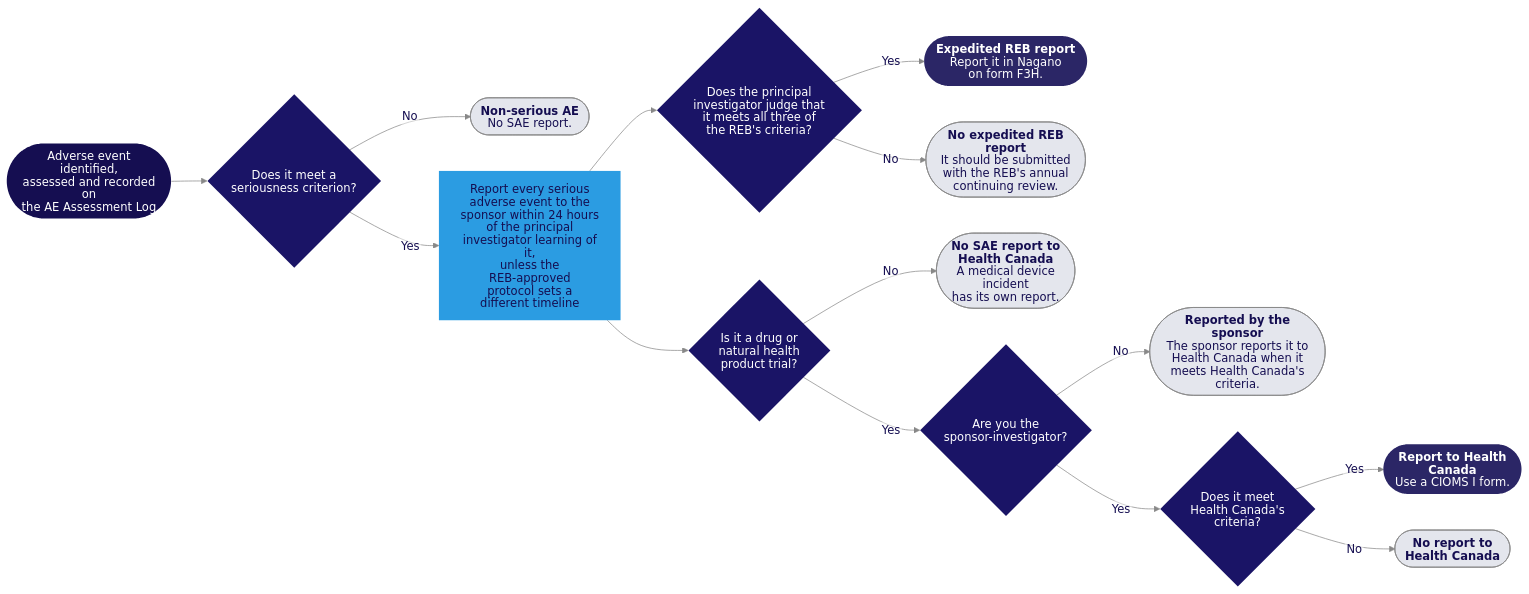
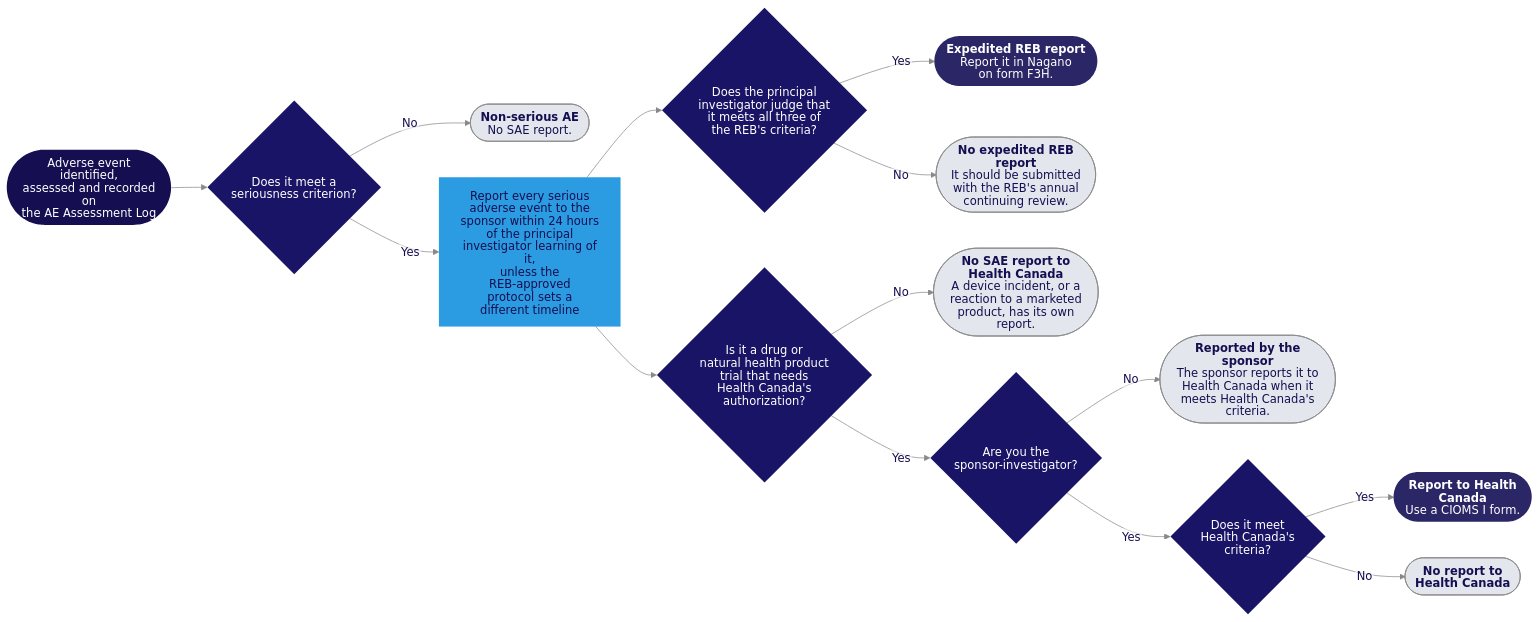
Before and after one commit to matthewfiorentino/docs: the diagram in images/diagrams/adverse-event-reporting.mmd, drawn with Mermaid. The commit also changed 2 other files, not shown here.

Commit message:
Hub review: Reportable Events, Health Canada's SAE reporting scoped to authorized trials
- The sponsor's and the sponsor-investigator's Health Canada reporting,
  and the timeline table's SAE cell, cover trials that need Health
  Canada's authorization (Food and Drug Regulations C.05.002(2);
  Natural Health Products Regulations s. 64(2)); the marketed-product
  route sits beside them
- The adverse-event diagram follows, with its SVG regenerated

```diff
--- a/images/diagrams/adverse-event-reporting.mmd
+++ b/images/diagrams/adverse-event-reporting.mmd
@@ -1,31 +1,31 @@
 %%{init: {'theme':'base','htmlLabels':false,'flowchart':{'htmlLabels':false,'subGraphTitleMargin':{'top':14,'bottom':10}},'themeVariables':{'primaryColor':'#2b2666','primaryTextColor':'#ffffff','primaryBorderColor':'#2b2666','lineColor':'#888','edgeLabelBackground':'#ffffff','titleColor':'#150e51','fontFamily':'system-ui,sans-serif'}}}%%
 flowchart LR
     S(["Adverse event identified,<br/>assessed and recorded on<br/>the AE Assessment Log"]) --> Q1{"Does it meet a<br/>seriousness criterion?"}
     Q1 -->|"No"| E1(["`**Non-serious AE**<br/>No SAE report.`"])
     Q1 -->|"Yes"| SP["Report every serious<br/>adverse event to the<br/>sponsor within 24 hours<br/>of the principal<br/>investigator learning of it,<br/>unless the REB-approved<br/>protocol sets a<br/>different timeline"]
     SP --> Q2{"Does the principal<br/>investigator judge that<br/>it meets all three of<br/>the REB's criteria?"}
-    SP --> Q3{"Is it a drug or<br/>natural health<br/>product trial?"}
+    SP --> Q3{"Is it a drug or<br/>natural health product<br/>trial that needs<br/>Health Canada's<br/>authorization?"}
     Q2 -->|"Yes"| E2(["`**Expedited REB report**<br/>Report it in Nagano<br/>on form F3H.`"])
     Q2 -->|"No"| E3(["`**No expedited REB report**<br/>It should be submitted<br/>with the REB's annual<br/>continuing review.`"])
-    Q3 -->|"No"| E7(["`**No SAE report to**<br/>**Health Canada**<br/>A medical device incident<br/>has its own report.`"])
+    Q3 -->|"No"| E7(["`**No SAE report to**<br/>**Health Canada**<br/>A device incident, or a<br/>reaction to a marketed<br/>product, has its own report.`"])
     Q3 -->|"Yes"| Q4{"Are you the<br/>sponsor-investigator?"}
     Q4 -->|"No"| E4(["`**Reported by the sponsor**<br/>The sponsor reports it to<br/>Health Canada when it<br/>meets Health Canada's<br/>criteria.`"])
     Q4 -->|"Yes"| Q5{"Does it meet<br/>Health Canada's<br/>criteria?"}
     Q5 -->|"Yes"| E5(["`**Report to Health Canada**<br/>Use a CIOMS I form.`"])
     Q5 -->|"No"| E6(["`**No report to**<br/>**Health Canada**`"])
 
     style S fill:#150e51,color:#fff,stroke:none
     style Q1 fill:#1a1466,color:#fff,stroke:none
     style Q2 fill:#1a1466,color:#fff,stroke:none
     style Q3 fill:#1a1466,color:#fff,stroke:none
     style Q4 fill:#1a1466,color:#fff,stroke:none
     style Q5 fill:#1a1466,color:#fff,stroke:none
     style SP fill:#2b9ce2,color:#150e51,stroke:none
     style E1 fill:#e4e6ed,color:#150e51,stroke:#888
     style E2 fill:#2b2666,color:#fff,stroke:none
     style E3 fill:#e4e6ed,color:#150e51,stroke:#888
     style E4 fill:#e4e6ed,color:#150e51,stroke:#888
     style E5 fill:#2b2666,color:#fff,stroke:none
     style E6 fill:#e4e6ed,color:#150e51,stroke:#888
     style E7 fill:#e4e6ed,color:#150e51,stroke:#888
     linkStyle default color:#150e51
```
